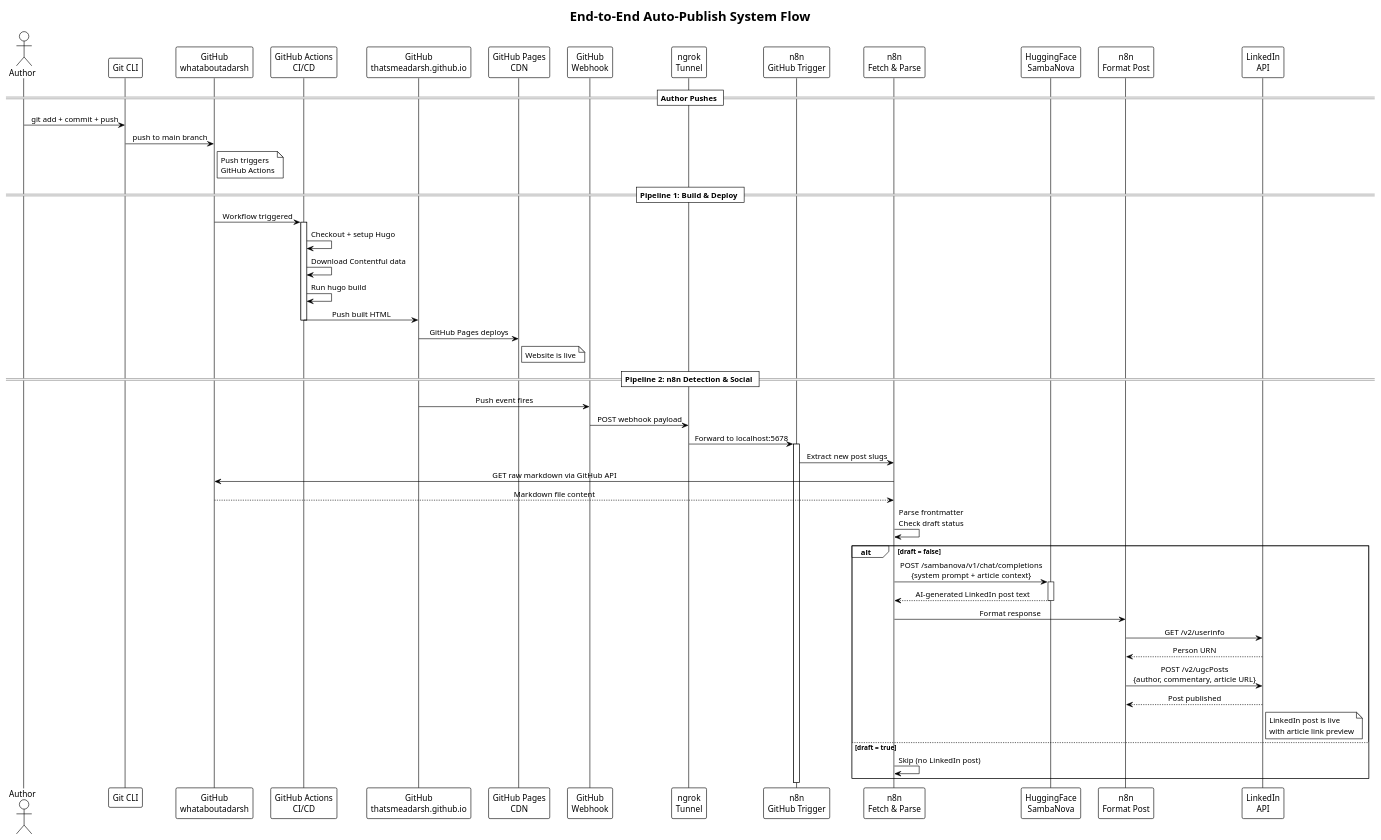
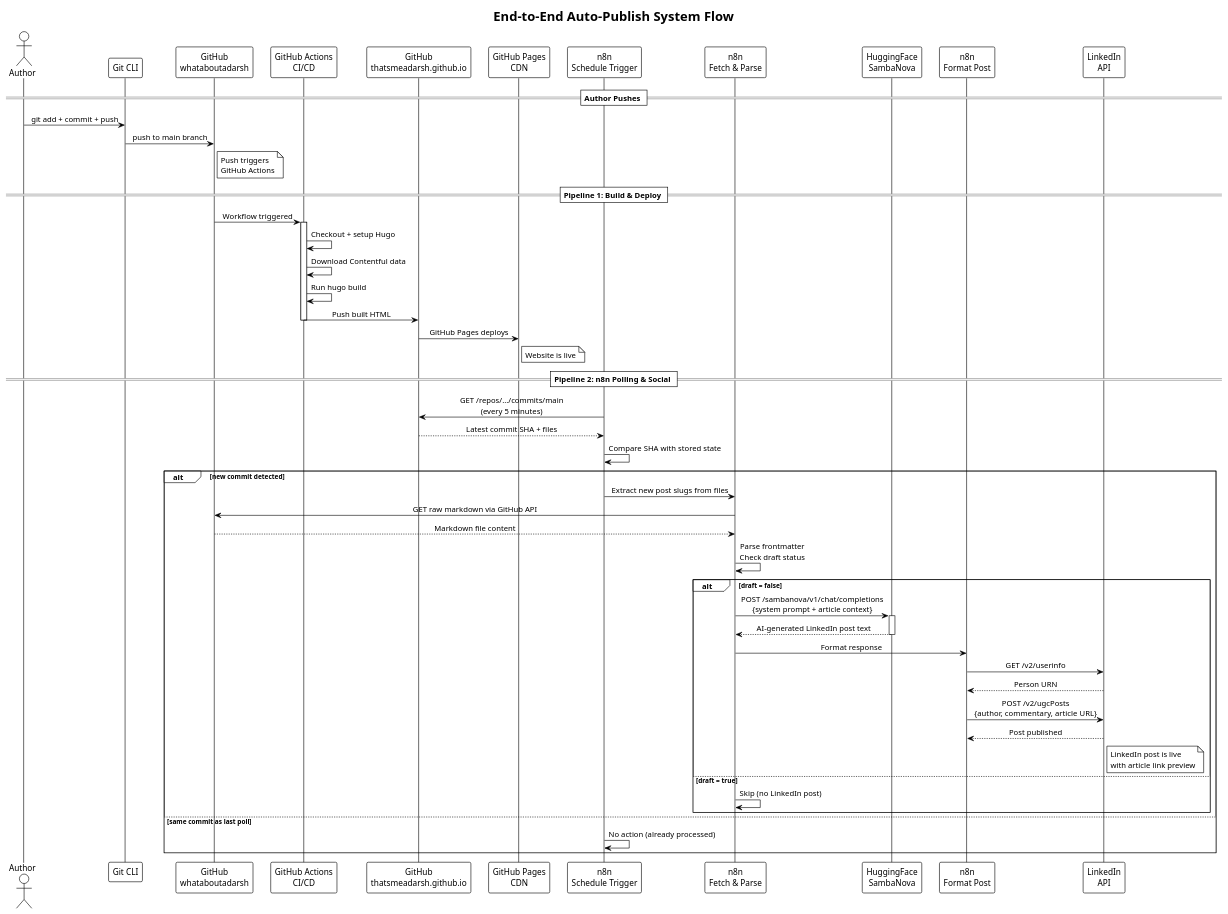
Before and after one commit to thatsmeadarsh/n8n-powered-auto-web-publish: the fifth of 7 diagrams in docs/architecture.md, drawn with PlantUML. The commit also changed other lines of this file and 4 other files, not shown here.

First line of the commit message:
Switch from webhook trigger to polling for corporate network compatibility

````diff
--- a/docs/architecture.md
+++ b/docs/architecture.md
@@ -265,67 +263,68 @@
 ```plantuml
 @startuml
 !theme plain
 skinparam backgroundColor #FFFFFF
 skinparam sequenceMessageAlign center
 skinparam responseMessageBelowArrow true
 
 title End-to-End Auto-Publish System Flow
 
 actor Author as author
 participant "Git CLI" as git
 participant "GitHub\nwhataboutadarsh" as hugorepo
 participant "GitHub Actions\nCI/CD" as actions
 participant "GitHub\nthatsmeadarsh.github.io" as pagesrepo
 participant "GitHub Pages\nCDN" as cdn
-participant "GitHub\nWebhook" as ghwh
-participant "ngrok\nTunnel" as tunnel
-participant "n8n\nGitHub Trigger" as trigger
+participant "n8n\nSchedule Trigger" as trigger
 participant "n8n\nFetch & Parse" as parse
 participant "HuggingFace\nSambaNova" as hf
 participant "n8n\nFormat Post" as format
 participant "LinkedIn\nAPI" as linkedin
 
 == Author Pushes ==
 author -> git : git add + commit + push
 git -> hugorepo : push to main branch
 note right of hugorepo : Push triggers\nGitHub Actions
 
 == Pipeline 1: Build & Deploy ==
 hugorepo -> actions : Workflow triggered
 activate actions
 actions -> actions : Checkout + setup Hugo
 actions -> actions : Download Contentful data
 actions -> actions : Run hugo build
 actions -> pagesrepo : Push built HTML
 deactivate actions
 pagesrepo -> cdn : GitHub Pages deploys
 note right of cdn : Website is live
 
-== Pipeline 2: n8n Detection & Social ==
-pagesrepo -> ghwh : Push event fires
-ghwh -> tunnel : POST webhook payload
-tunnel -> trigger : Forward to localhost:5678
-activate trigger
-trigger -> parse : Extract new post slugs
-parse -> hugorepo : GET raw markdown via GitHub API
-hugorepo --> parse : Markdown file content
-parse -> parse : Parse frontmatter\nCheck draft status
+== Pipeline 2: n8n Polling & Social ==
+trigger -> pagesrepo : GET /repos/.../commits/main\n(every 5 minutes)
+pagesrepo --> trigger : Latest commit SHA + files
+trigger -> trigger : Compare SHA with stored state
 
-alt draft = false
-    parse -> hf : POST /sambanova/v1/chat/completions\n{system prompt + article context}
-    activate hf
-    hf --> parse : AI-generated LinkedIn post text
-    deactivate hf
-    parse -> format : Format response
-    format -> linkedin : GET /v2/userinfo
-    linkedin --> format : Person URN
-    format -> linkedin : POST /v2/ugcPosts\n{author, commentary, article URL}
-    linkedin --> format : Post published
-    note right of linkedin : LinkedIn post is live\nwith article link preview
-else draft = true
-    parse -> parse : Skip (no LinkedIn post)
+alt new commit detected
+    trigger -> parse : Extract new post slugs from files
+    parse -> hugorepo : GET raw markdown via GitHub API
+    hugorepo --> parse : Markdown file content
+    parse -> parse : Parse frontmatter\nCheck draft status
+
+    alt draft = false
+        parse -> hf : POST /sambanova/v1/chat/completions\n{system prompt + article context}
+        activate hf
+        hf --> parse : AI-generated LinkedIn post text
+        deactivate hf
+        parse -> format : Format response
+        format -> linkedin : GET /v2/userinfo
+        linkedin --> format : Person URN
+        format -> linkedin : POST /v2/ugcPosts\n{author, commentary, article URL}
+        linkedin --> format : Post published
+        note right of linkedin : LinkedIn post is live\nwith article link preview
+    else draft = true
+        parse -> parse : Skip (no LinkedIn post)
+    end
+else same commit as last poll
+    trigger -> trigger : No action (already processed)
 end
-deactivate trigger
 
 @enduml
 ```
````
